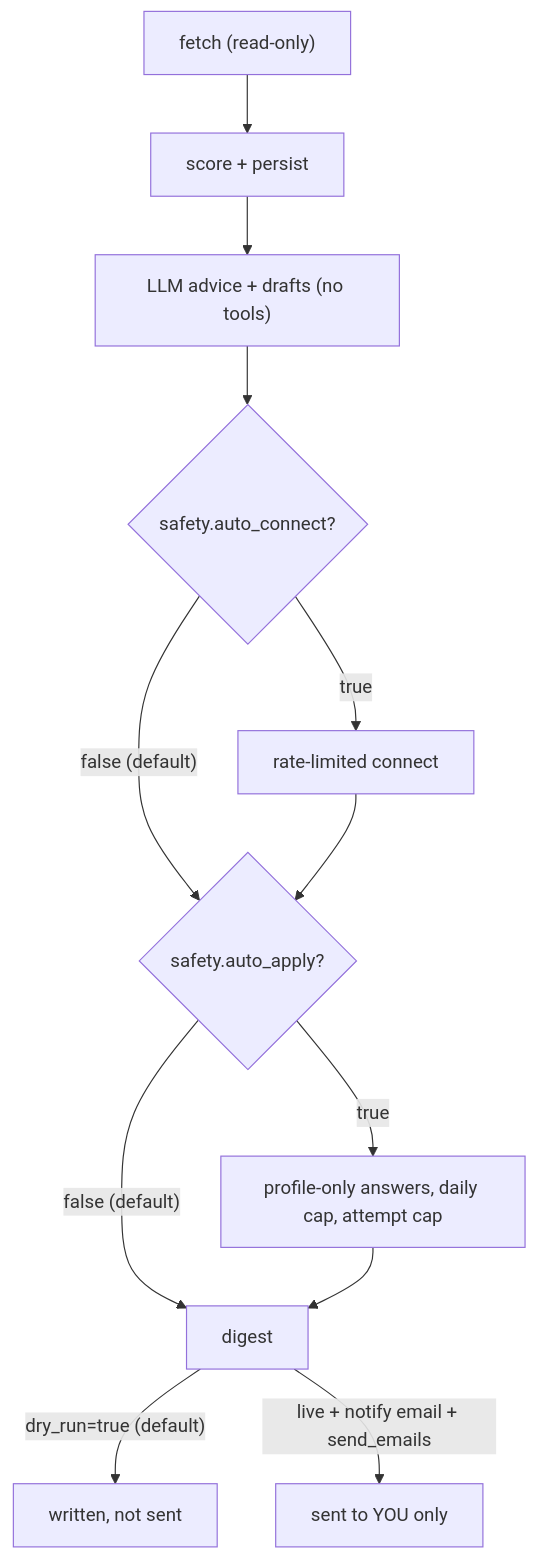
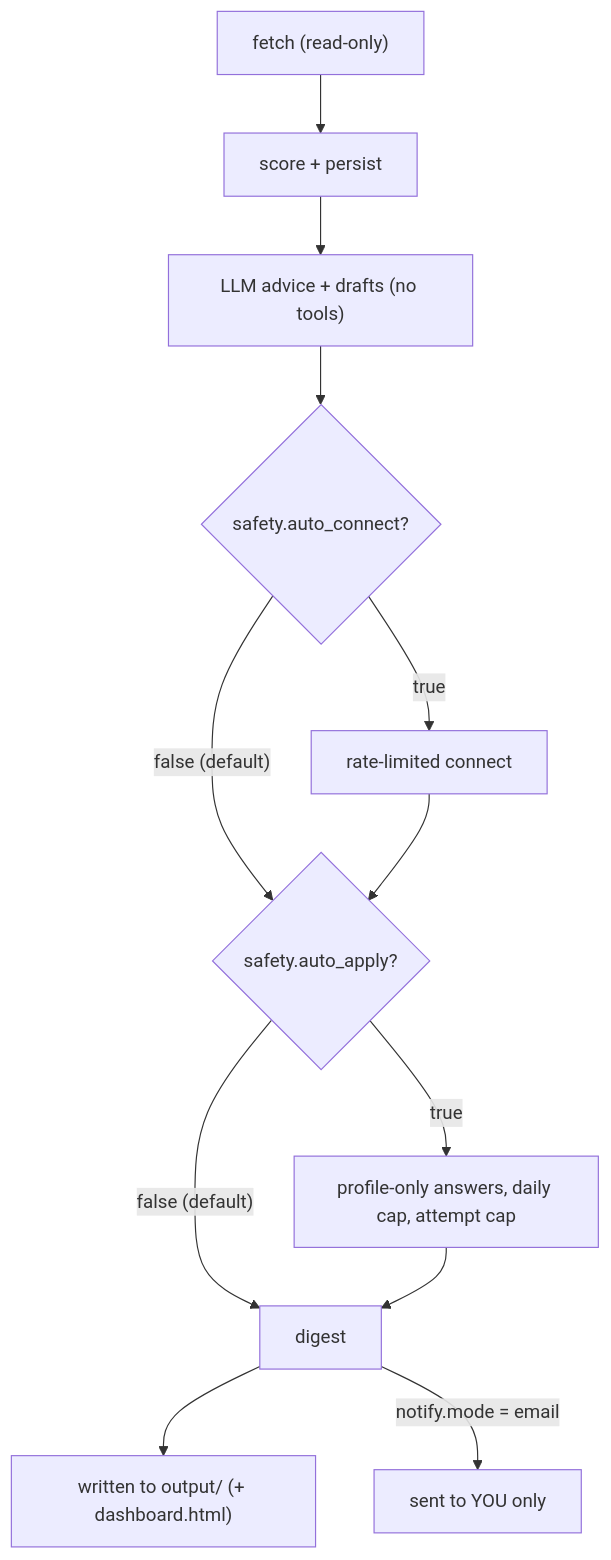
Before and after one commit to omar-mahmoud-java-developer/forsa: the second of 2 diagrams in README.md, drawn with Mermaid. The commit also changed other lines of this file and 26 other files, not shown here.

First line of the commit message:
Add dashboard, application tracker, read-only mailbox reader, recruiter search

````diff
--- a/README.md
+++ b/README.md
@@ -60,12 +64,12 @@
 ```mermaid
 flowchart TD
   A["fetch (read-only)"] --> B["score + persist"]
   B --> C["LLM advice + drafts (no tools)"]
   C --> D{"safety.auto_connect?"}
   D -->|"false (default)"| E
   D -->|"true"| D2["rate-limited connect"] --> E{"safety.auto_apply?"}
   E -->|"false (default)"| F["digest"]
   E -->|"true"| E2["profile-only answers, daily cap, attempt cap"] --> F
-  F -->|"dry_run=true (default)"| G["written, not sent"]
-  F -->|"live + notify email + send_emails"| H["sent to YOU only"]
+  F --> G["written to output/ (+ dashboard.html)"]
+  F -->|"notify.mode = email"| H["sent to YOU only"]
 ```
````
